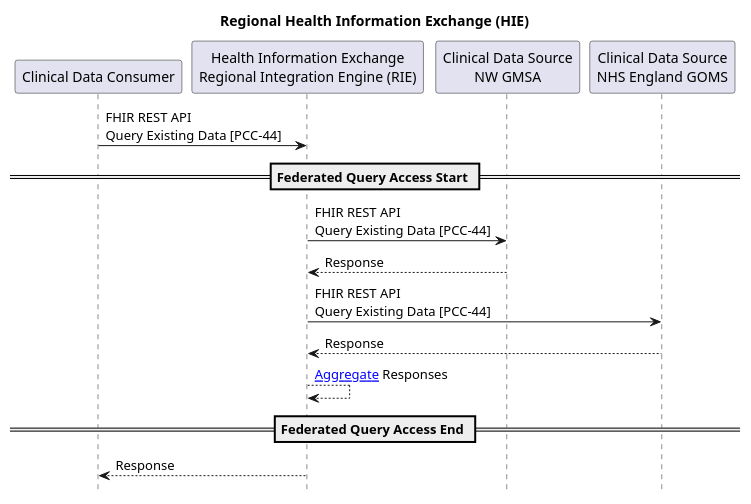
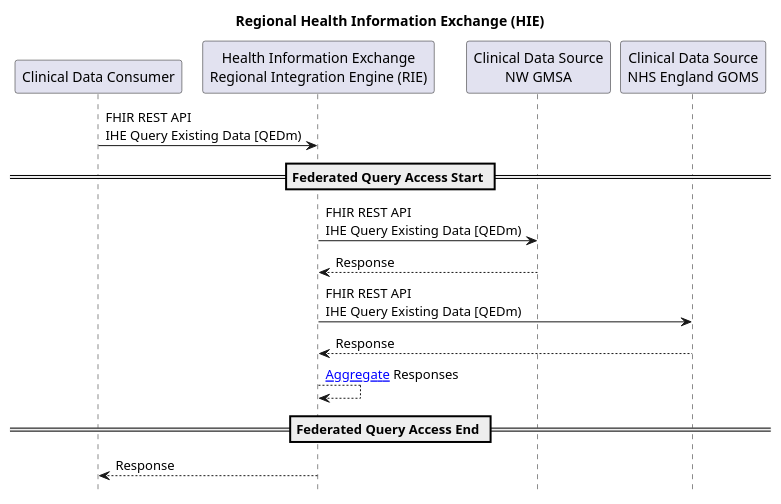
Before and after one commit to nw-gmsa/nw-gmsa.github.com: the diagram in input/images-source/HIE-QEDm-Federated-Sequence.plantuml, drawn with PlantUML.

Commit message:
SpecimenExample.fsh  converted to message

```diff
--- a/input/images-source/HIE-QEDm-Federated-Sequence.plantuml
+++ b/input/images-source/HIE-QEDm-Federated-Sequence.plantuml
@@ -1,32 +1,32 @@
   @startuml
 
   skinparam svgDimensionStyle false
 
   title "Regional Health Information Exchange (HIE)"
 
   hide footbox
 
   participant "Clinical Data Consumer" as DocumentConsumer
 
   participant "Health Information Exchange\nRegional Integration Engine (RIE)" as RIE
 
   participant "Clinical Data Source\nNW GMSA" as CDR1
 
   participant "Clinical Data Source\nNHS England GOMS" as CDR2
 
-  DocumentConsumer -> RIE : FHIR REST API\nQuery Existing Data [PCC-44]
+  DocumentConsumer -> RIE : FHIR REST API\nIHE Query Existing Data [QEDm)
 
 == Federated Query Access Start ==
 
-  RIE -> CDR1 : FHIR REST API\nQuery Existing Data [PCC-44]
+  RIE -> CDR1 : FHIR REST API\nIHE Query Existing Data [QEDm)
   CDR1 --> RIE: Response
 
-  RIE -> CDR2 : FHIR REST API\nQuery Existing Data [PCC-44]
+  RIE -> CDR2 : FHIR REST API\nIHE Query Existing Data [QEDm)
   CDR2 --> RIE: Response
 
   RIE --> RIE: [[https://www.enterpriseintegrationpatterns.com/patterns/messaging/Aggregator.html Aggregate]] Responses
 == Federated Query Access End ==
 
   RIE --> DocumentConsumer: Response
 
   @enduml
```
